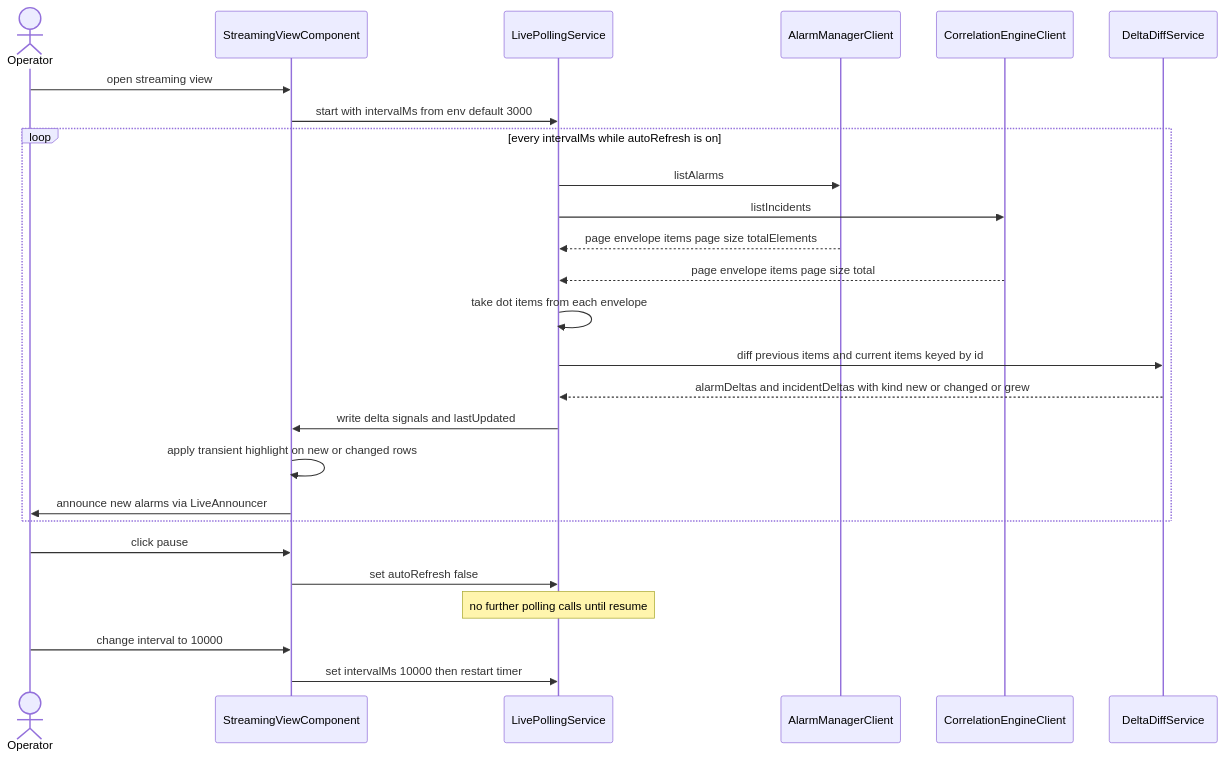
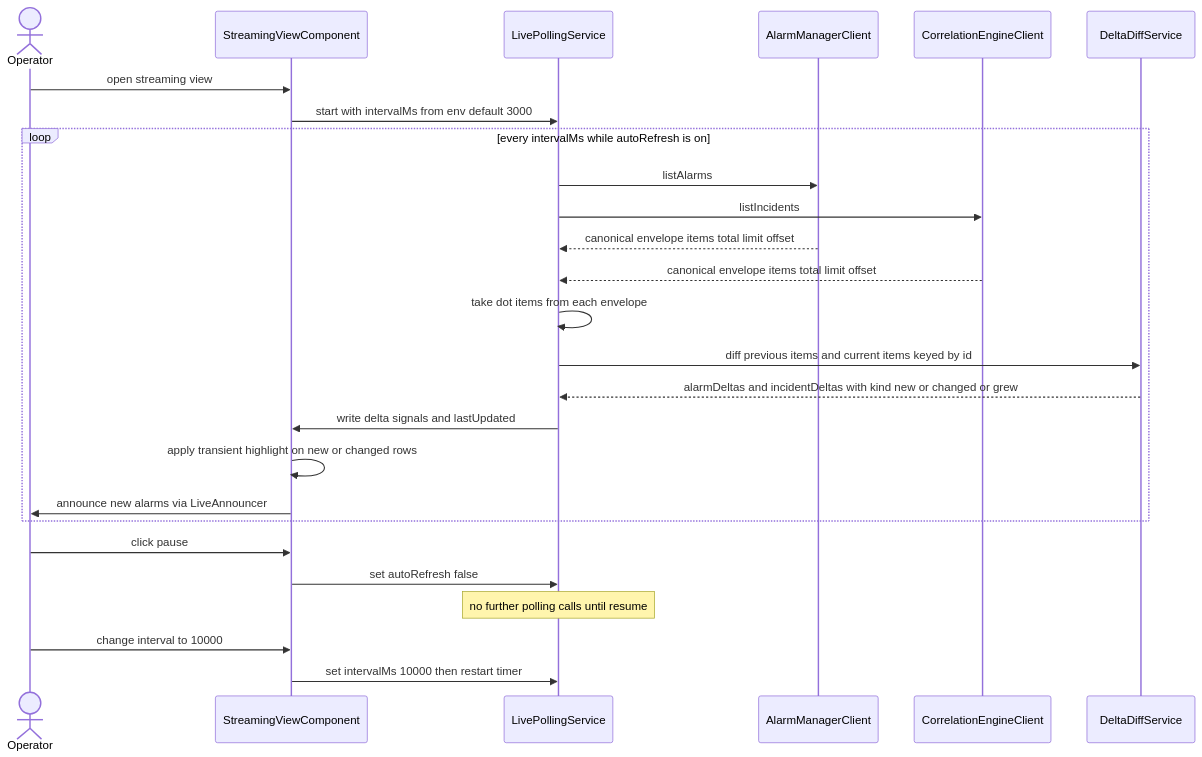
The fourth of 13 diagrams in services/web-ui/design.md (nikhilmohan/correlation-platform), drawn with Mermaid before and after one commit. The commit also changed other lines of this file, not shown here.

First line of the commit message:
design(web-ui): align CE/AM pagination to canonical {items,total,limit,offset} envelope

````diff
--- a/services/web-ui/design.md
+++ b/services/web-ui/design.md
@@ -706,28 +709,28 @@
 ```mermaid
 sequenceDiagram
   actor Operator
   participant View as StreamingViewComponent
   participant LPS as LivePollingService
   participant AMC as AlarmManagerClient
   participant CEC as CorrelationEngineClient
   participant Diff as DeltaDiffService
   Operator->>View: open streaming view
   View->>LPS: start with intervalMs from env default 3000
   loop every intervalMs while autoRefresh is on
     LPS->>AMC: listAlarms
     LPS->>CEC: listIncidents
-    AMC-->>LPS: page envelope items page size totalElements
-    CEC-->>LPS: page envelope items page size total
+    AMC-->>LPS: canonical envelope items total limit offset
+    CEC-->>LPS: canonical envelope items total limit offset
     LPS->>LPS: take dot items from each envelope
     LPS->>Diff: diff previous items and current items keyed by id
     Diff-->>LPS: alarmDeltas and incidentDeltas with kind new or changed or grew
     LPS->>View: write delta signals and lastUpdated
     View->>View: apply transient highlight on new or changed rows
     View->>Operator: announce new alarms via LiveAnnouncer
   end
   Operator->>View: click pause
   View->>LPS: set autoRefresh false
   Note over LPS: no further polling calls until resume
   Operator->>View: change interval to 10000
   View->>LPS: set intervalMs 10000 then restart timer
 ```
````
